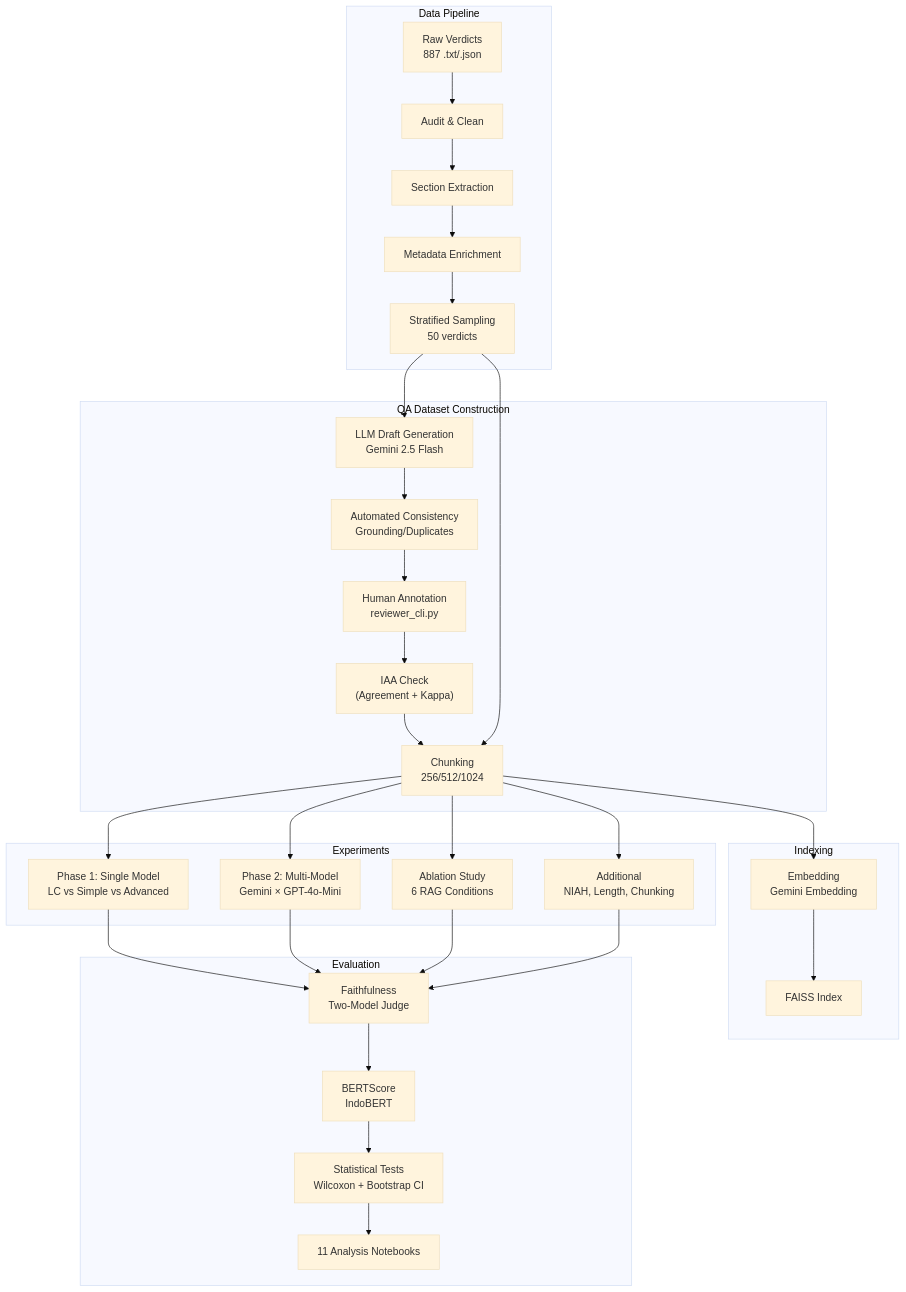
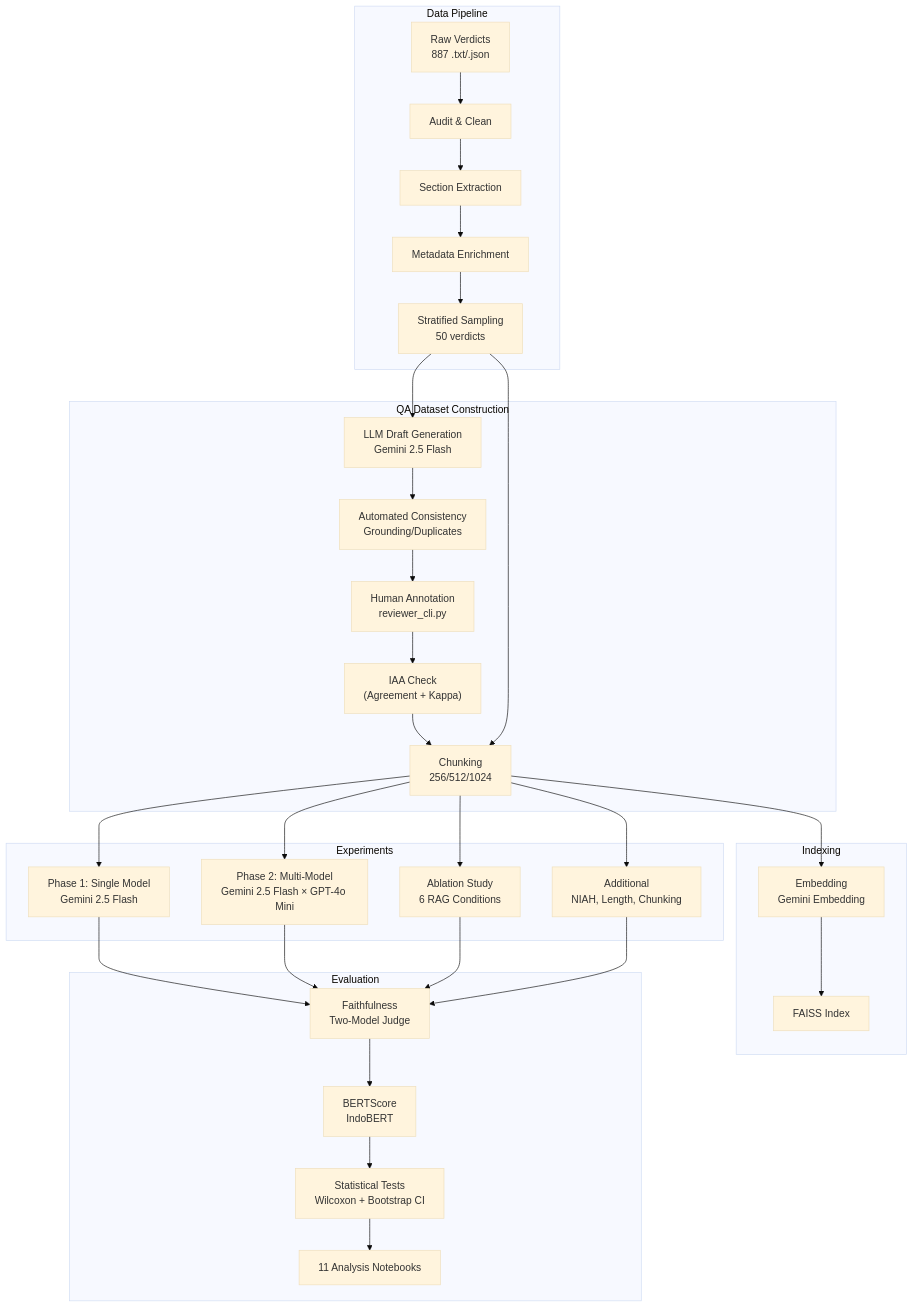
Before and after one commit to Shiverion/VerdictBench-LCvsRAG: the diagram in README.md, drawn with Mermaid (base theme). The commit also changed other lines of this file and 36 other files, not shown here.

````diff
--- a/README.md
+++ b/README.md
@@ -63,37 +63,37 @@
 ```mermaid
 graph TB
     subgraph "Data Pipeline"
         A[Raw Verdicts<br/>887 .txt/.json] --> B[Audit & Clean]
         B --> C[Section Extraction]
         C --> D[Metadata Enrichment]
         D --> E[Stratified Sampling<br/>50 verdicts]
     end
 
     subgraph "QA Dataset Construction"
         E --> F[LLM Draft Generation<br/>Gemini 2.5 Flash]
         F --> G[Automated Consistency<br/>Grounding/Duplicates]
         G --> H[Human Annotation<br/>reviewer_cli.py]
         H --> I["IAA Check<br/>(Agreement + Kappa)"]
         I --> J[300 QA Pairs]
     end
 
     subgraph "Indexing"
         E --> J[Chunking<br/>256/512/1024]
         J --> K[Embedding<br/>Gemini Embedding]
         K --> L[FAISS Index]
     end
 
     subgraph "Experiments"
-        J --> M[Phase 1: Single Model<br/>LC vs Simple vs Advanced]
-        J --> N[Phase 2: Multi-Model<br/>Gemini × GPT-4o-Mini]
+        J --> M[Phase 1: Single Model<br/>Gemini 2.5 Flash]
+        J --> N[Phase 2: Multi-Model<br/>Gemini 2.5 Flash × GPT-4o Mini]
         J --> O[Ablation Study<br/>6 RAG Conditions]
         J --> P[Additional<br/>NIAH, Length, Chunking]
     end
 
     subgraph "Evaluation"
         M & N & O & P --> Q[Faithfulness<br/>Two-Model Judge]
         Q --> R[BERTScore<br/>IndoBERT]
         R --> S[Statistical Tests<br/>Wilcoxon + Bootstrap CI]
         S --> T[11 Analysis Notebooks]
     end
 ```
````
